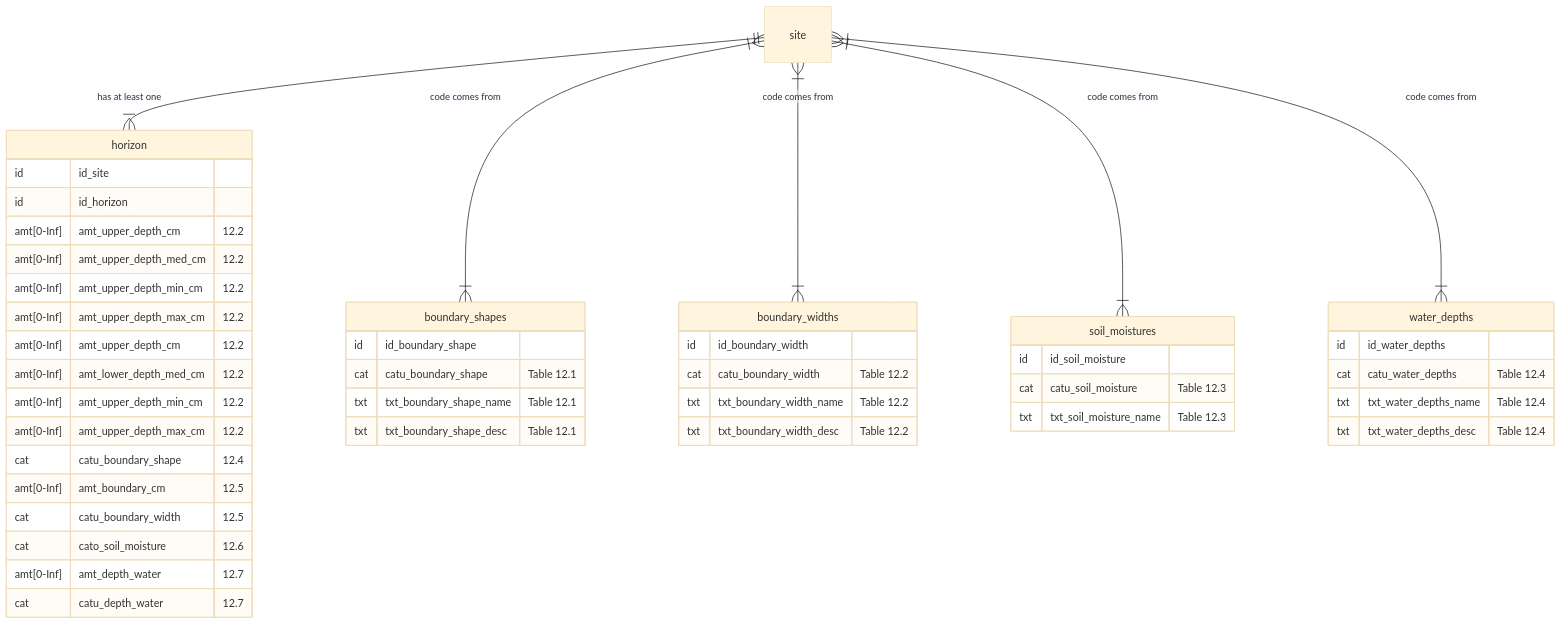
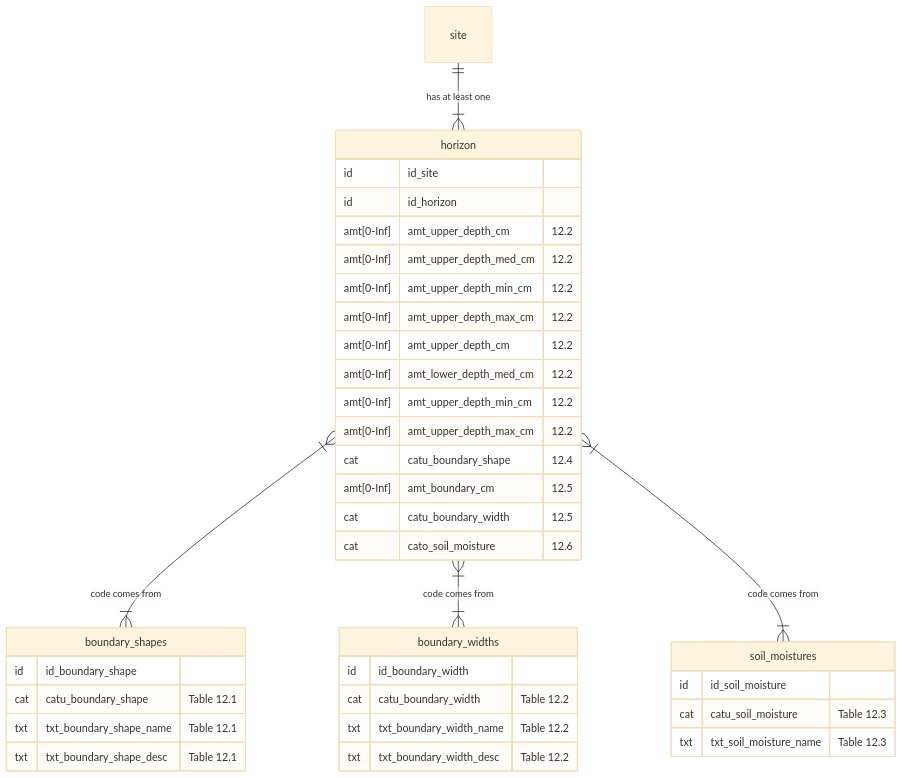
Before and after one commit to manaakiwhenua/NZ_soildesc_2024: diagram 12 of 18 in ap_03_database_design.qmd, drawn with Mermaid (base theme). The commit also changed other lines of this file, not shown here.

````diff
--- a/ap_03_database_design.qmd
+++ b/ap_03_database_design.qmd
@@ -497,56 +592,48 @@
 ```{mermaid}
 %%| fig-cap: "Horizon - Details"
 
+%%{ init: { 'er': { 'layoutDirection': 'LR' } } }%%
 erDiagram
   site ||--|{ horizon : "has at least one"
-  site }|--|{ boundary_shapes : "code comes from"
-  site }|--|{ boundary_widths : "code comes from"
-  site }|--|{ soil_moistures : "code comes from"
-  site }|--|{ water_depths : "code comes from"
+  horizon }|--|{ boundary_shapes : "code comes from"
+  horizon }|--|{ boundary_widths : "code comes from"
+  horizon }|--|{ soil_moistures : "code comes from"
   
   horizon {
   id         id_site
   id         id_horizon
   amt[0-Inf] amt_upper_depth_cm      "12.2"
   amt[0-Inf] amt_upper_depth_med_cm  "12.2"
   amt[0-Inf] amt_upper_depth_min_cm  "12.2"
   amt[0-Inf] amt_upper_depth_max_cm  "12.2"
   amt[0-Inf] amt_upper_depth_cm      "12.2"
   amt[0-Inf] amt_lower_depth_med_cm  "12.2"
   amt[0-Inf] amt_upper_depth_min_cm  "12.2"
   amt[0-Inf] amt_upper_depth_max_cm  "12.2"
   cat        catu_boundary_shape     "12.4"
   amt[0-Inf] amt_boundary_cm         "12.5"
   cat        catu_boundary_width     "12.5" 
   cat        cato_soil_moisture      "12.6"
-  amt[0-Inf] amt_depth_water         "12.7"
-  cat        catu_depth_water        "12.7"
   }
   
   boundary_shapes {
     id          id_boundary_shape
     cat         catu_boundary_shape          "Table 12.1"
     txt         txt_boundary_shape_name      "Table 12.1"
     txt         txt_boundary_shape_desc      "Table 12.1"
   }
  
   boundary_widths {
     id          id_boundary_width
     cat         catu_boundary_width          "Table 12.2"
     txt         txt_boundary_width_name      "Table 12.2"
     txt         txt_boundary_width_desc      "Table 12.2"
   } 
   
   soil_moistures {
     id          id_soil_moisture
     cat         catu_soil_moisture          "Table 12.3"
     txt         txt_soil_moisture_name      "Table 12.3"
   }
   
-  water_depths {
-    id          id_water_depths
-    cat         catu_water_depths           "Table 12.4"
-    txt         txt_water_depths_name       "Table 12.4"
-    txt         txt_water_depths_desc       "Table 12.4"  
-  }
 ```
````
